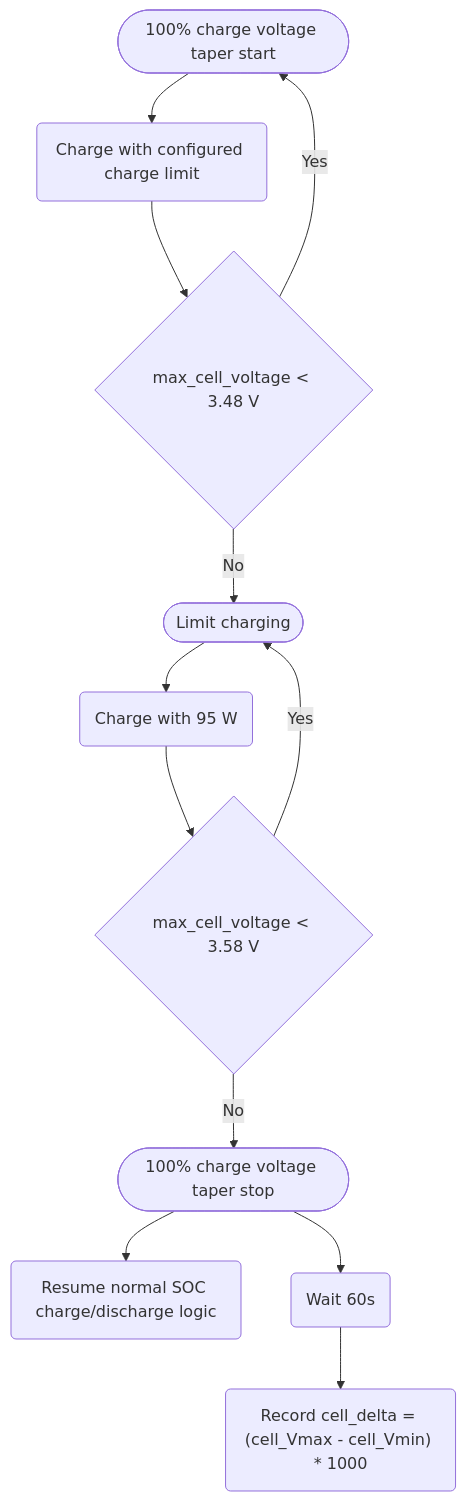
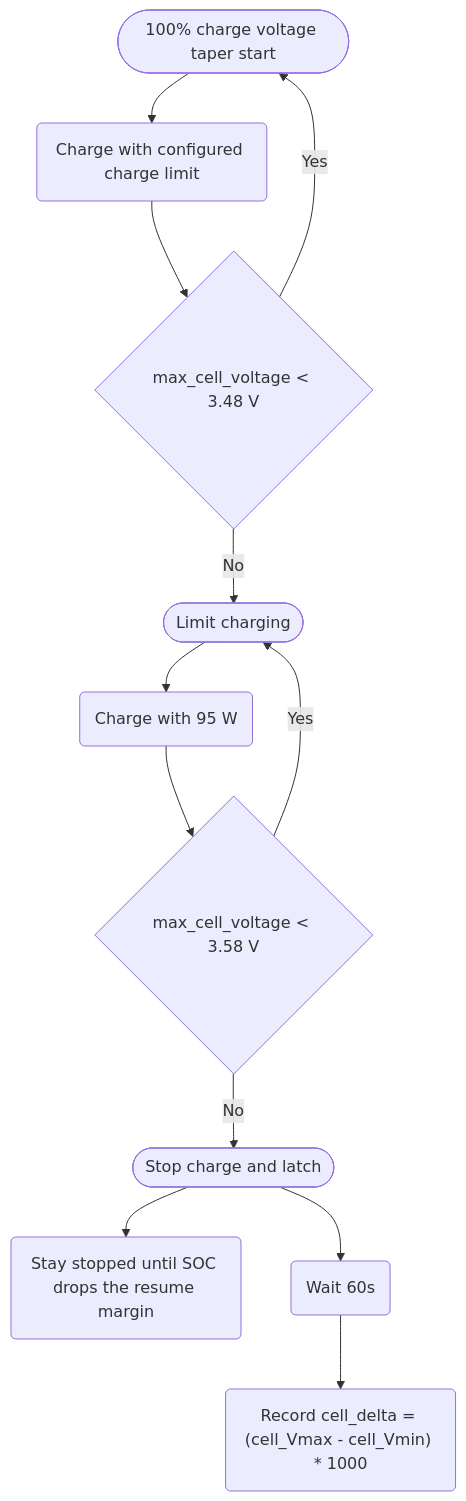
Before and after one commit to ffunes/Omnibattery: the first of 2 diagrams in site-docs/features/cell-balance-monitor.md, drawn with Mermaid. The commit also changed other lines of this file and 8 other files, not shown here.

Commit message:
fix: Charge taper pinned v3 cells at the top voltage, blocking discharge & Round-Trip Efficiency read >100% on Venus D/A with DC solar

````diff
--- a/site-docs/features/cell-balance-monitor.md
+++ b/site-docs/features/cell-balance-monitor.md
@@ -60,14 +60,14 @@
 ```mermaid
 flowchart TD
     A([100% charge voltage taper start]) --> B(Charge with configured charge limit)
     B --> C{max_cell_voltage < 3.48 V}
     C -->|Yes| A
     C -->|No| D([Limit charging])
     D --> E(Charge with 95 W)
     E --> F{max_cell_voltage < 3.58 V}
     F -->|Yes| D
-    F -->|No| G([100% charge voltage taper stop])
-    G --> H(Resume normal SOC charge/discharge logic)
+    F -->|No| G([Stop charge and latch])
+    G --> H(Stay stopped until SOC drops the resume margin)
     G --> I(Wait 60s)
     I --> J("Record cell_delta = (cell_Vmax - cell_Vmin) * 1000")
 ```
````
